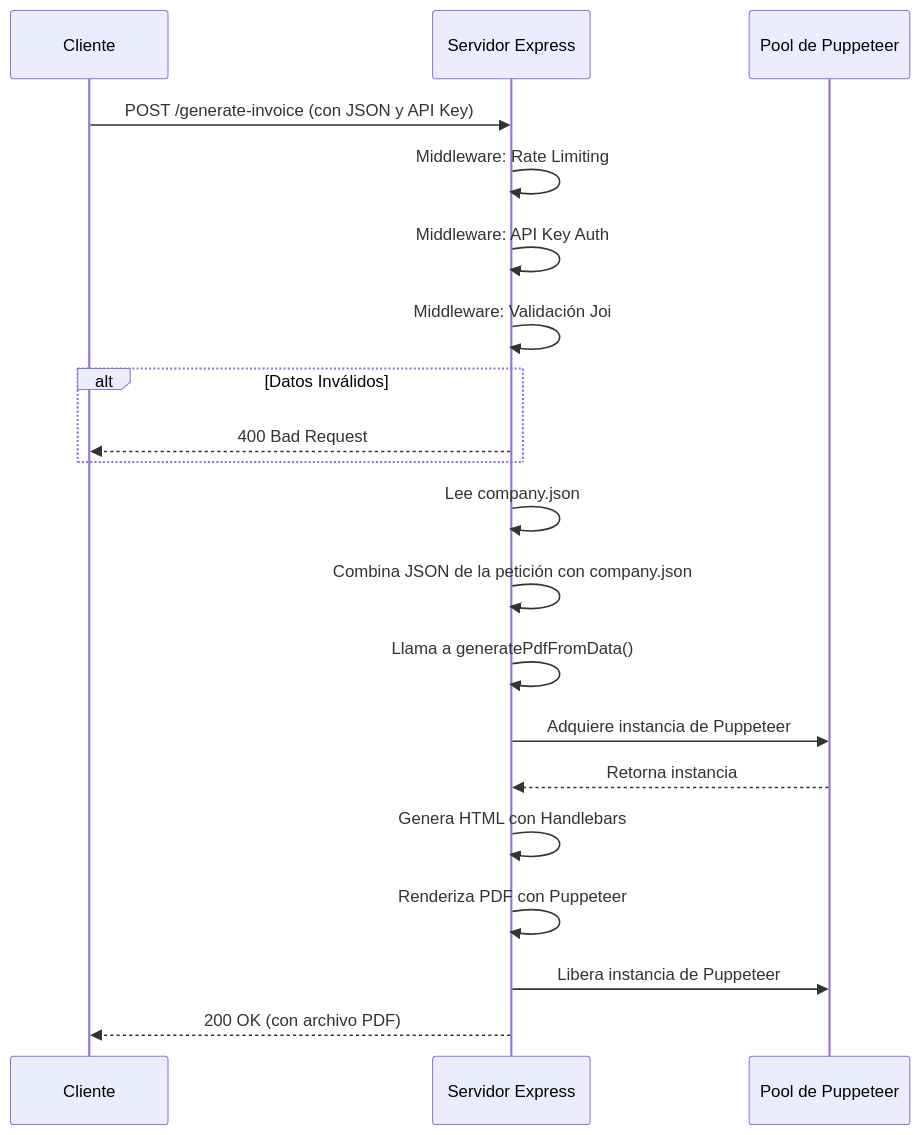
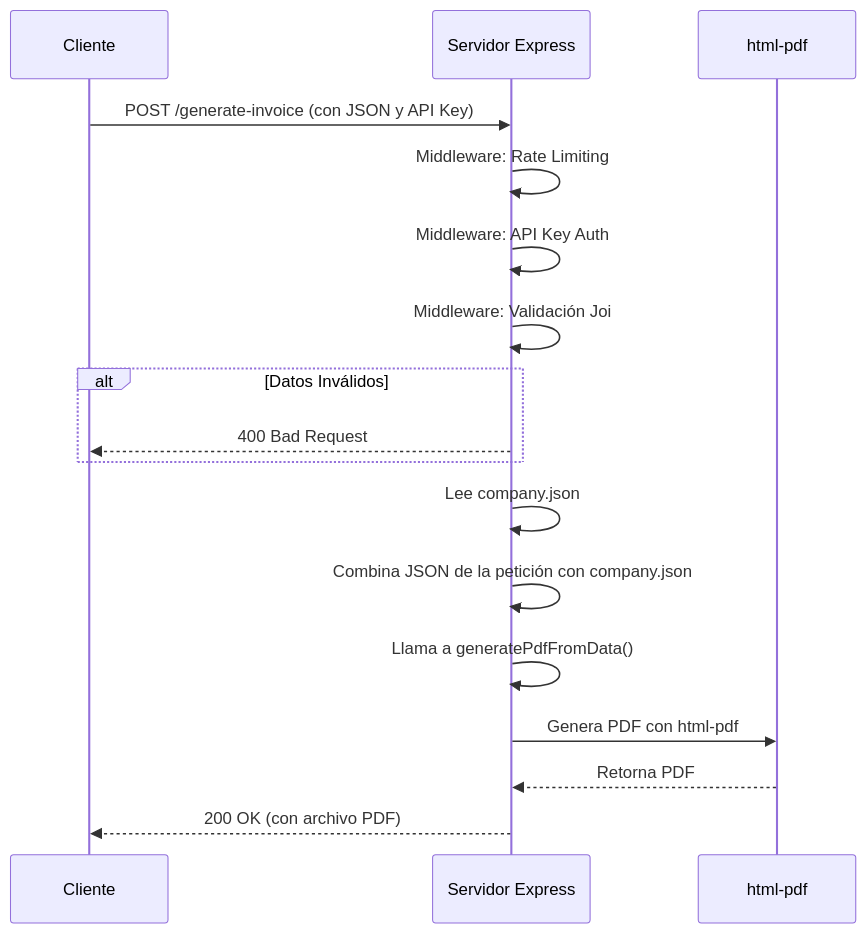
The second of 2 diagrams in README.md (triptalabs/invoice_html_project), drawn with Mermaid before and after one commit. The commit also changed other lines of this file and 6 other files, not shown here.

Commit message:
fix: migrate PDF generation to html-pdf, unify template logic, update docs and Dockerfile (#15)

````diff
--- a/README.md
+++ b/README.md
@@ -31,23 +31,20 @@
 ```mermaid
 sequenceDiagram
     participant Client as Cliente
     participant Server as Servidor Express
-    participant PuppeteerPool as Pool de Puppeteer
+    participant HtmlPdf as html-pdf
 
     Client->>Server: POST /generate-invoice (con JSON y API Key)
     Server->>Server: Middleware: Rate Limiting
     Server->>Server: Middleware: API Key Auth
     Server->>Server: Middleware: Validación Joi
     alt Datos Inválidos
         Server-->>Client: 400 Bad Request
     end
     Server->>Server: Lee company.json
     Server->>Server: Combina JSON de la petición con company.json
     Server->>Server: Llama a generatePdfFromData()
-    Server->>PuppeteerPool: Adquiere instancia de Puppeteer
-    PuppeteerPool-->>Server: Retorna instancia
-    Server->>Server: Genera HTML con Handlebars
-    Server->>Server: Renderiza PDF con Puppeteer
-    Server->>PuppeteerPool: Libera instancia de Puppeteer
+    Server->>HtmlPdf: Genera PDF con html-pdf
+    HtmlPdf-->>Server: Retorna PDF
     Server-->>Client: 200 OK (con archivo PDF)
 ```
````
